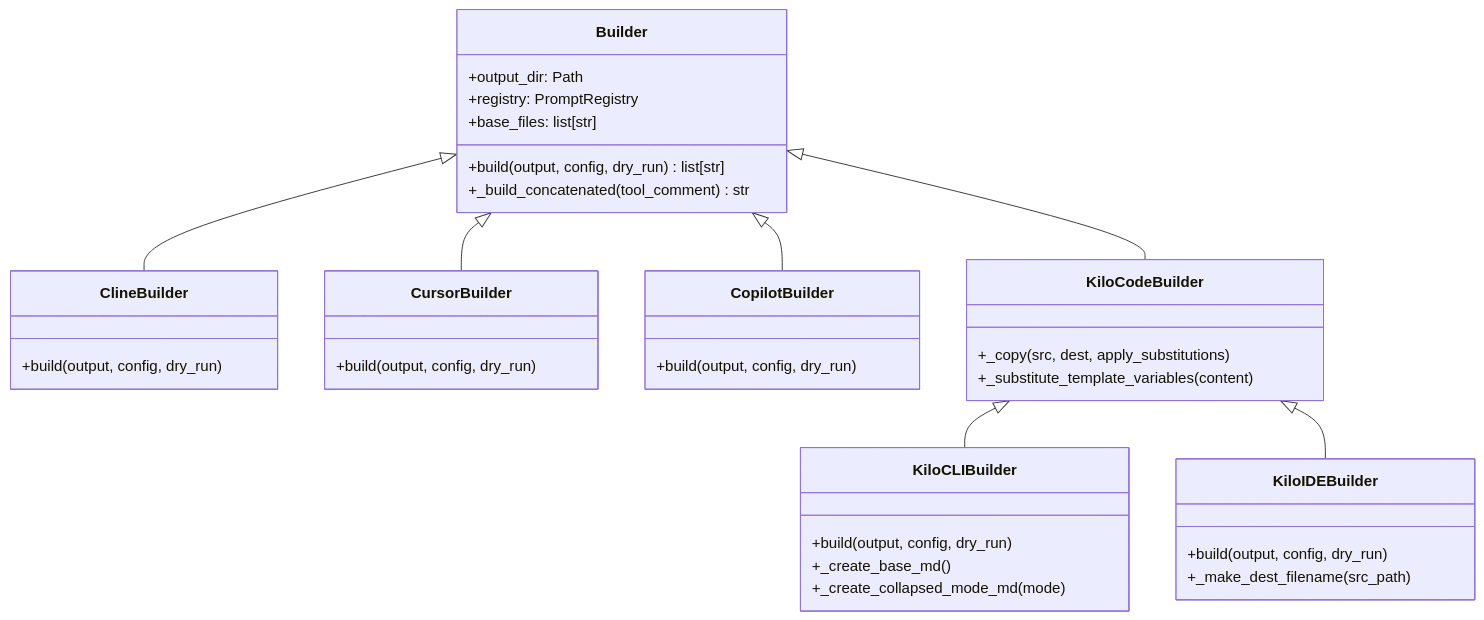
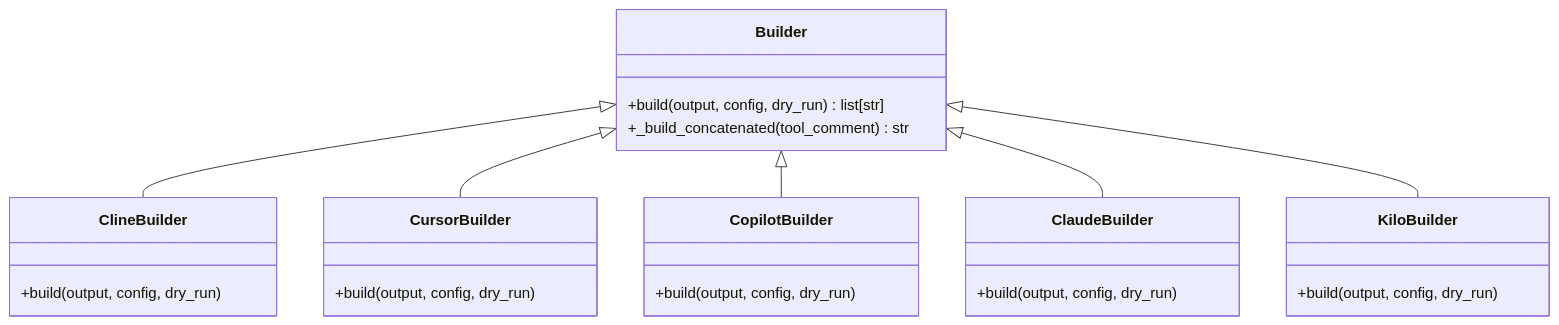
Before and after one commit to snoodleboot-io/prompticorn: the first of 3 diagrams in promptosaurus/builders/BUILDERS.md, drawn with Mermaid. The commit also changed other lines of this file and 234 other files, not shown here.

````diff
--- a/promptosaurus/builders/BUILDERS.md
+++ b/promptosaurus/builders/BUILDERS.md
@@ -15,45 +15,33 @@
 ```mermaid
 classDiagram
     class Builder {
-        +output_dir: Path
-        +registry: PromptRegistry
-        +base_files: list[str]
         +build(output, config, dry_run) list[str]
         +_build_concatenated(tool_comment) str
     }
     
     class ClineBuilder {
         +build(output, config, dry_run)
     }
     
     class CursorBuilder {
         +build(output, config, dry_run)
     }
     
     class CopilotBuilder {
         +build(output, config, dry_run)
     }
     
-    class KiloCodeBuilder {
-        +_copy(src, dest, apply_substitutions)
-        +_substitute_template_variables(content)
+    class ClaudeBuilder {
+        +build(output, config, dry_run)
     }
     
-    class KiloCLIBuilder {
+    class KiloBuilder {
         +build(output, config, dry_run)
-        +_create_base_md()
-        +_create_collapsed_mode_md(mode)
-    }
-    
-    class KiloIDEBuilder {
-        +build(output, config, dry_run)
-        +_make_dest_filename(src_path)
     }
     
     Builder <|-- ClineBuilder
     Builder <|-- CursorBuilder
     Builder <|-- CopilotBuilder
-    Builder <|-- KiloCodeBuilder
-    KiloCodeBuilder <|-- KiloCLIBuilder
-    KiloCodeBuilder <|-- KiloIDEBuilder
+    Builder <|-- ClaudeBuilder
+    Builder <|-- KiloBuilder
 ```
````
